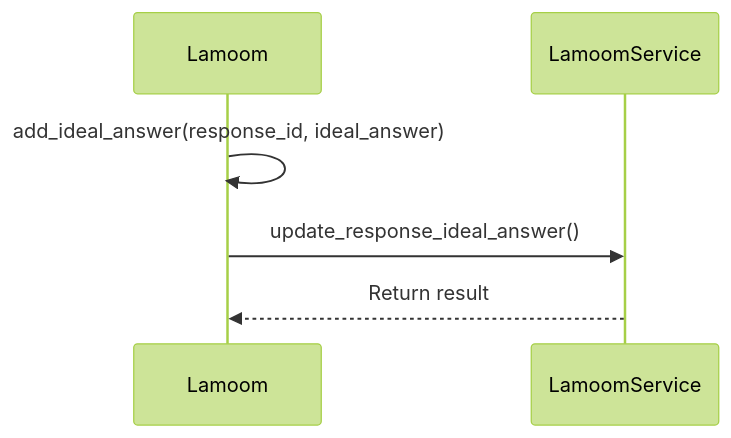
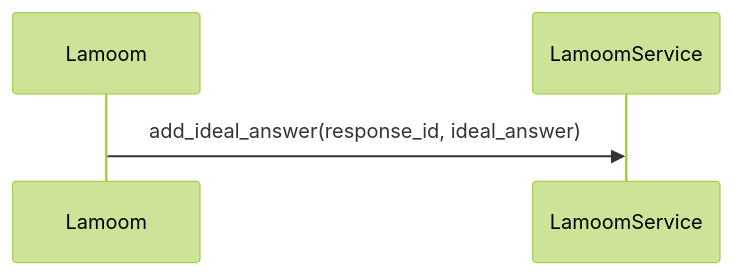
Before and after one commit to LamoomAI/lamoom-python: the fourth of 4 diagrams in README.md, drawn with Mermaid (forest theme). The commit also changed other lines of this file, not shown here.

Commit message:
Updated markdown w. schema, seq test

````diff
--- a/README.md
+++ b/README.md
@@ -87,6 +84,4 @@
 ```mermaid
 sequenceDiagram
-    Lamoom->>Lamoom: add_ideal_answer(response_id, ideal_answer)
-    Lamoom->>LamoomService: update_response_ideal_answer()
-    LamoomService-->>Lamoom: Return result
+    Lamoom->>LamoomService: add_ideal_answer(response_id, ideal_answer)
 ```
````
